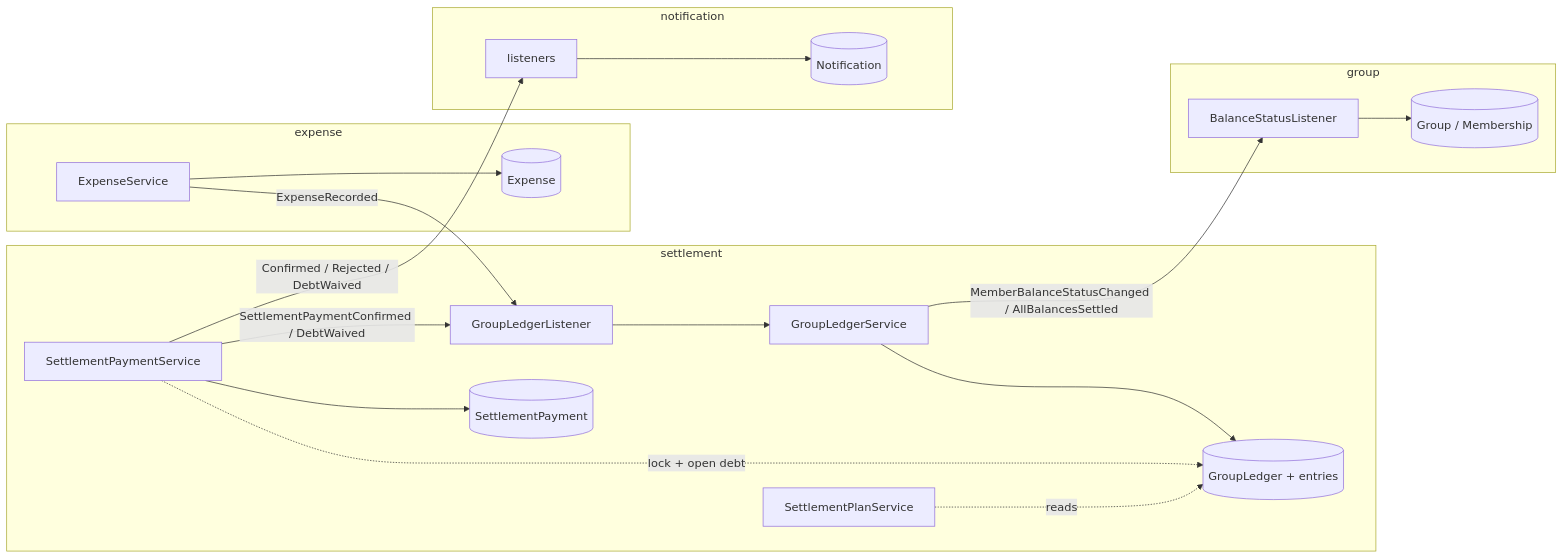
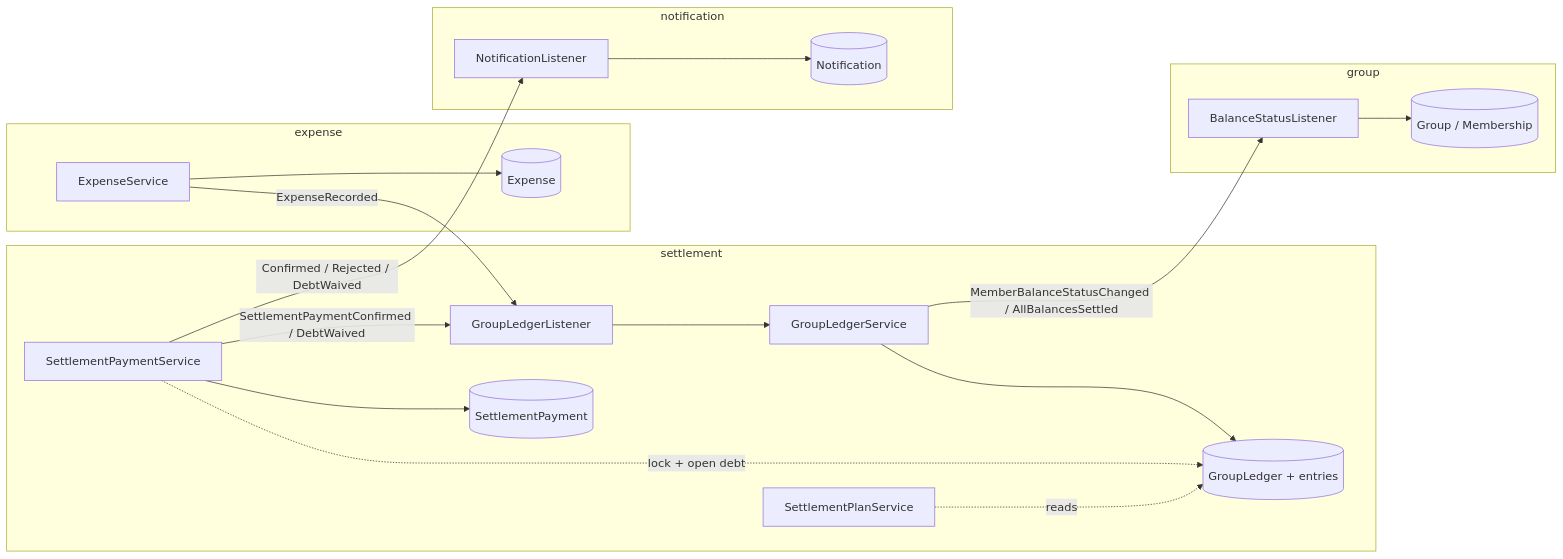
The first of 4 diagrams in docs/2026-11-04-money-flow.md (Ar000sh/sharewise), drawn with Mermaid before and after one commit. The commit also changed 8 other files, not shown here.

First line of the commit message:
refactor(notification): one listener for the events that create an inbox entry

````diff
--- a/docs/2026-11-04-money-flow.md
+++ b/docs/2026-11-04-money-flow.md
@@ -32,23 +32,23 @@
 ```mermaid
 flowchart LR
   subgraph expense
     ES[ExpenseService] --> EX[(Expense)]
   end
   subgraph settlement
     L[GroupLedgerListener] --> GLS[GroupLedgerService]
     GLS --> GL[(GroupLedger + entries)]
     SPS[SettlementPaymentService] --> SP[(SettlementPayment)]
     SPS -. lock + open debt .-> GL
     PLAN[SettlementPlanService] -. reads .-> GL
   end
   subgraph group
     GL2[BalanceStatusListener] --> G[(Group / Membership)]
   end
   subgraph notification
-    N[listeners] --> NO[(Notification)]
+    N[NotificationListener] --> NO[(Notification)]
   end
   ES -- ExpenseRecorded --> L
   SPS -- SettlementPaymentConfirmed / DebtWaived --> L
   GLS -- MemberBalanceStatusChanged / AllBalancesSettled --> GL2
   SPS -- Confirmed / Rejected / DebtWaived --> N
 ```
````
